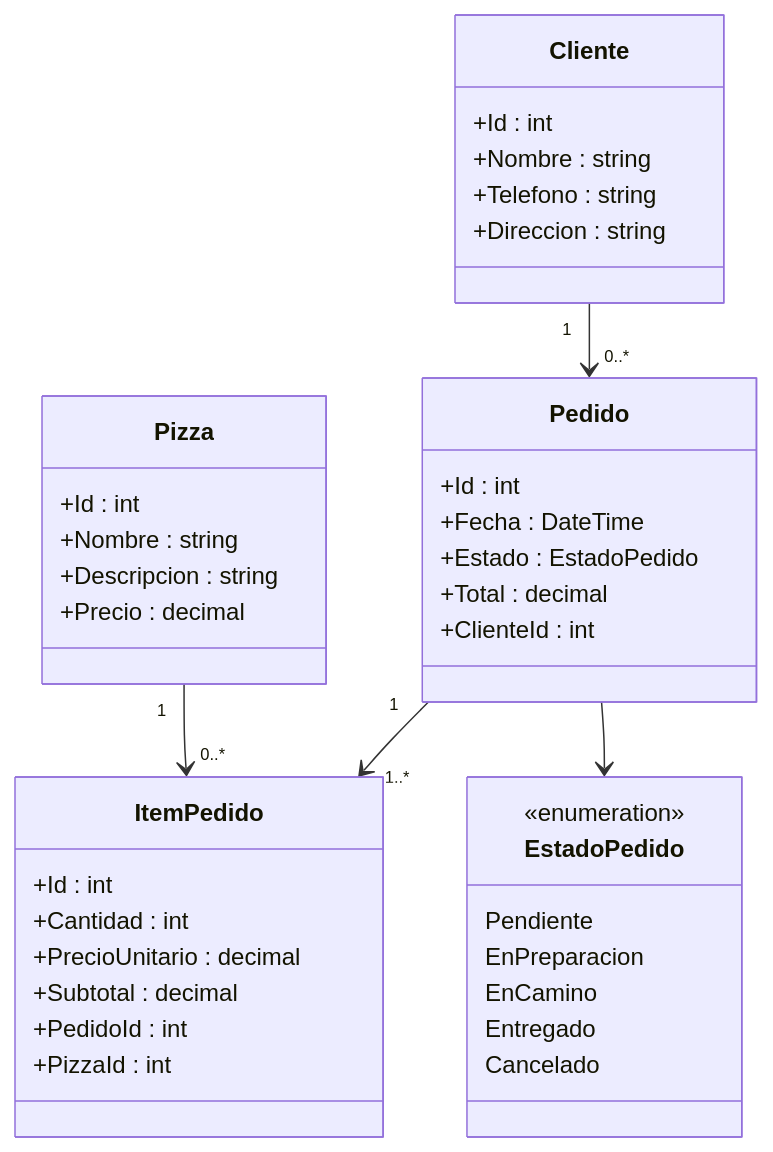
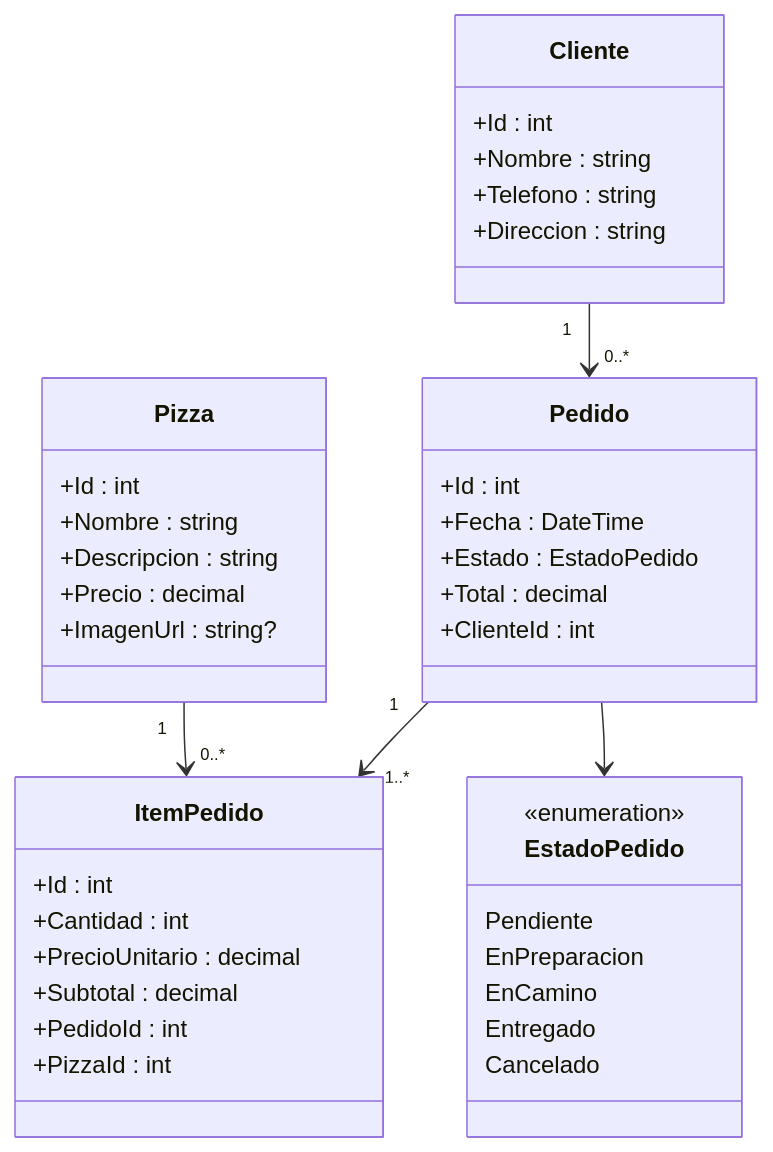
The diagram in doc/Diagrama de clases.md (angelnl610/PlanDeAprendizajePSR), drawn with Mermaid before and after one commit. The commit also changed 100 other files, not shown here.

Commit message:
docs: actualizar DER, diagramas de clases, estado del proyecto y archivar cambios de OpenSpec

````diff
--- a/doc/Diagrama de clases.md
+++ b/doc/Diagrama de clases.md
@@ -3,49 +3,50 @@
 ```mermaid
 classDiagram
 
 class Cliente{
     +Id : int
     +Nombre : string
     +Telefono : string
     +Direccion : string
 }
 
 class Pedido{
     +Id : int
     +Fecha : DateTime
     +Estado : EstadoPedido
     +Total : decimal
     +ClienteId : int
 }
 
 class ItemPedido{
     +Id : int
     +Cantidad : int
     +PrecioUnitario : decimal
     +Subtotal : decimal
     +PedidoId : int
     +PizzaId : int
 }
 
 class Pizza{
     +Id : int
     +Nombre : string
     +Descripcion : string
     +Precio : decimal
+    +ImagenUrl : string?
 }
 
 class EstadoPedido{
     <<enumeration>>
     Pendiente
     EnPreparacion
     EnCamino
     Entregado
     Cancelado
 }
 
 Cliente "1" --> "0..*" Pedido
 Pedido "1" --> "1..*" ItemPedido
 Pizza "1" --> "0..*" ItemPedido
 Pedido --> EstadoPedido
 
 ```
````
